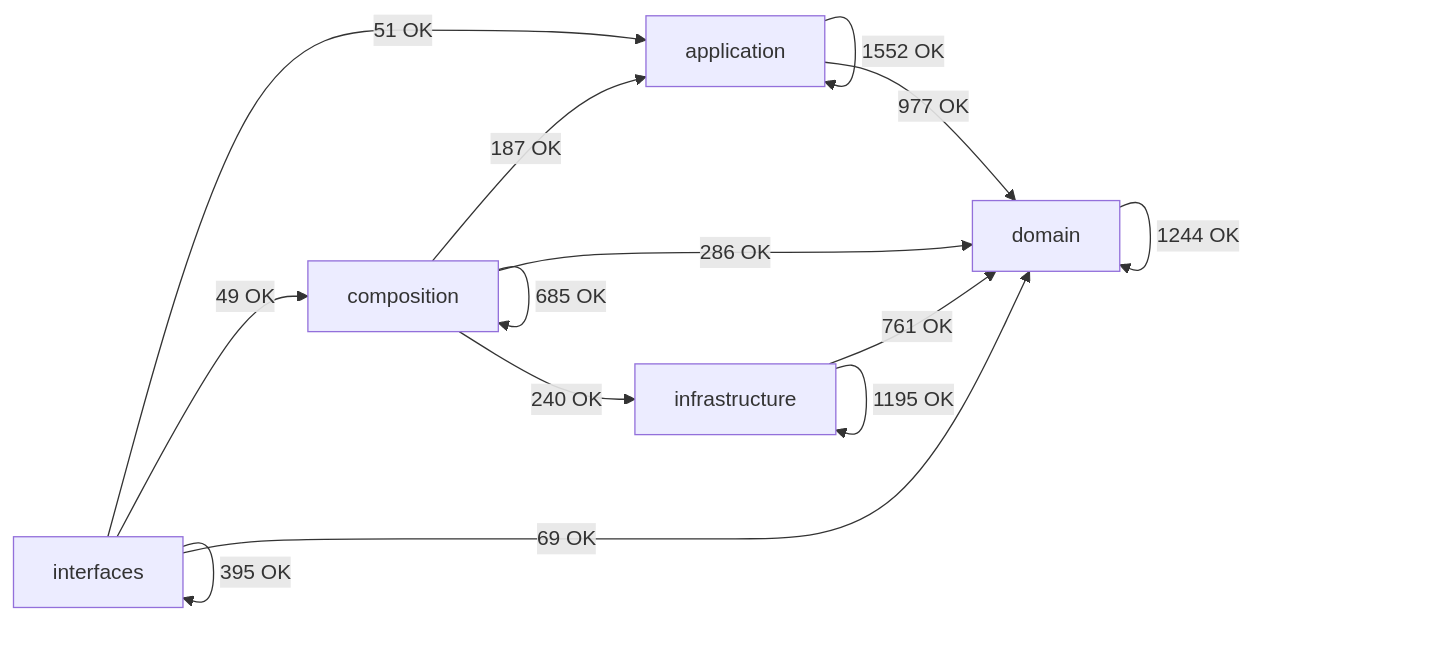
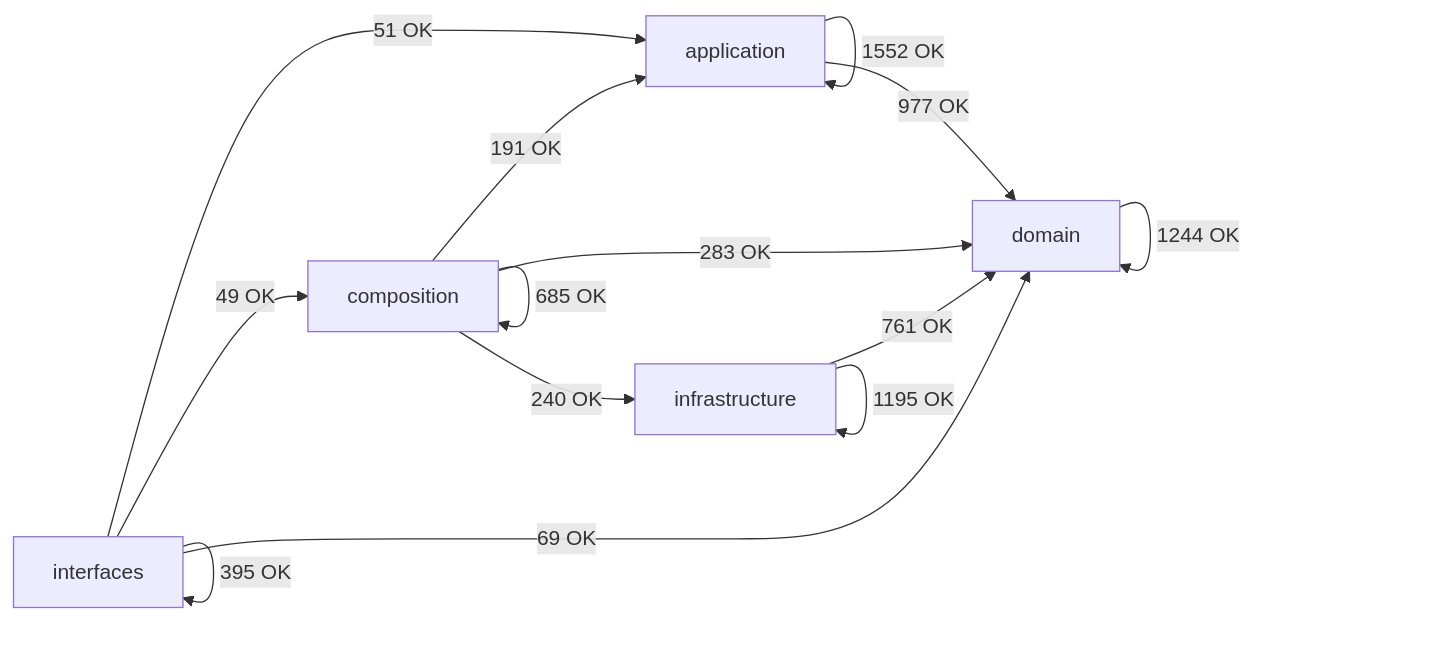
Before and after one commit to SatoryKono/BioactivityDataAcquisition: the diagram in docs/02-architecture/generated/module-dependency-map.md, drawn with Mermaid. The commit also changed other lines of this file and 53 other files, not shown here.

Commit message:
fix(ci): restore required architecture checks

````diff
--- a/docs/02-architecture/generated/module-dependency-map.md
+++ b/docs/02-architecture/generated/module-dependency-map.md
@@ -17,21 +17,21 @@
 ```mermaid
 flowchart LR
     domain[domain]
     application[application]
     infrastructure[infrastructure]
     composition[composition]
     interfaces[interfaces]
     application -->|1552 OK| application
     application -->|977 OK| domain
-    composition -->|187 OK| application
+    composition -->|191 OK| application
     composition -->|685 OK| composition
-    composition -->|286 OK| domain
+    composition -->|283 OK| domain
     composition -->|240 OK| infrastructure
     domain -->|1244 OK| domain
     infrastructure -->|761 OK| domain
     infrastructure -->|1195 OK| infrastructure
     interfaces -->|51 OK| application
     interfaces -->|49 OK| composition
     interfaces -->|69 OK| domain
     interfaces -->|395 OK| interfaces
 ```
````
